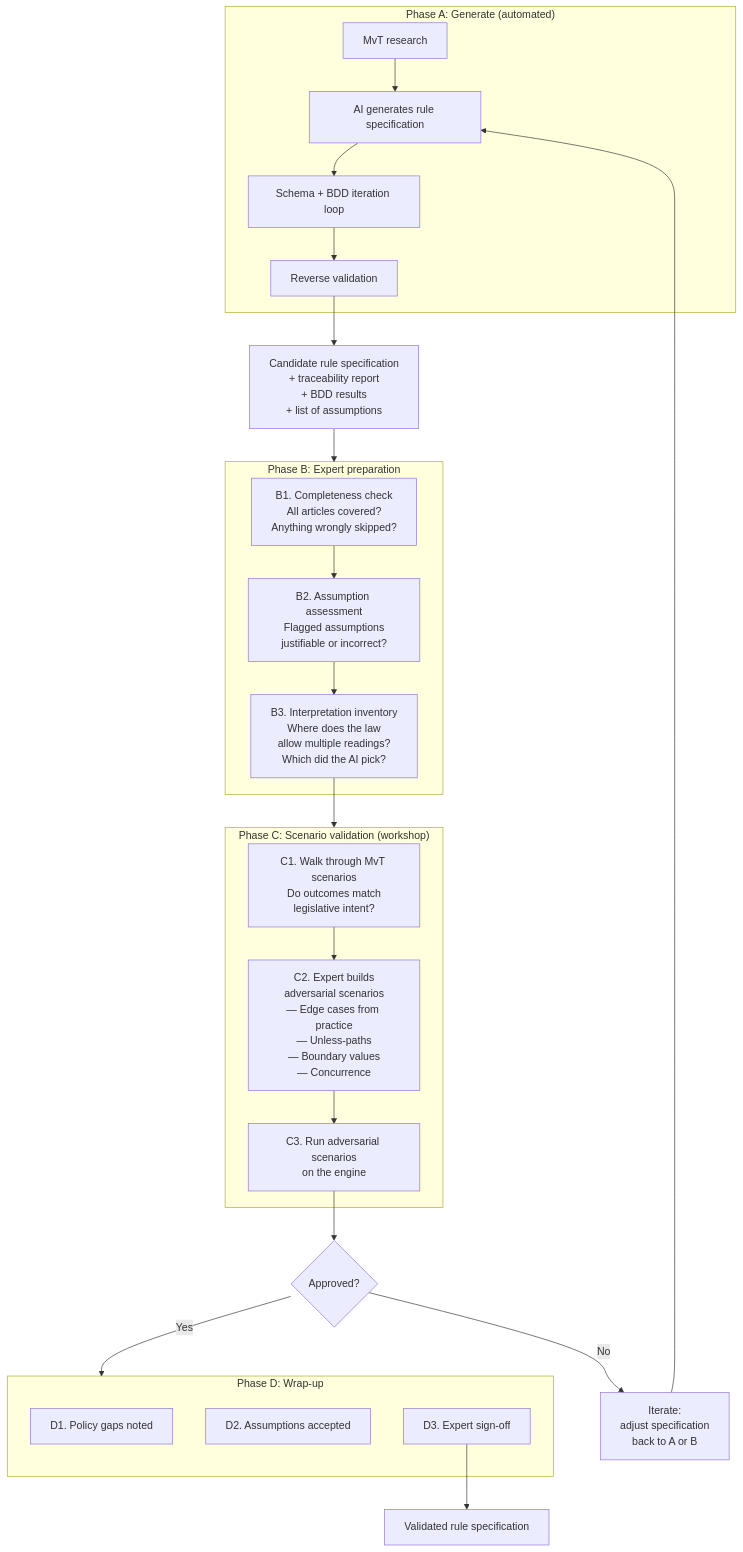
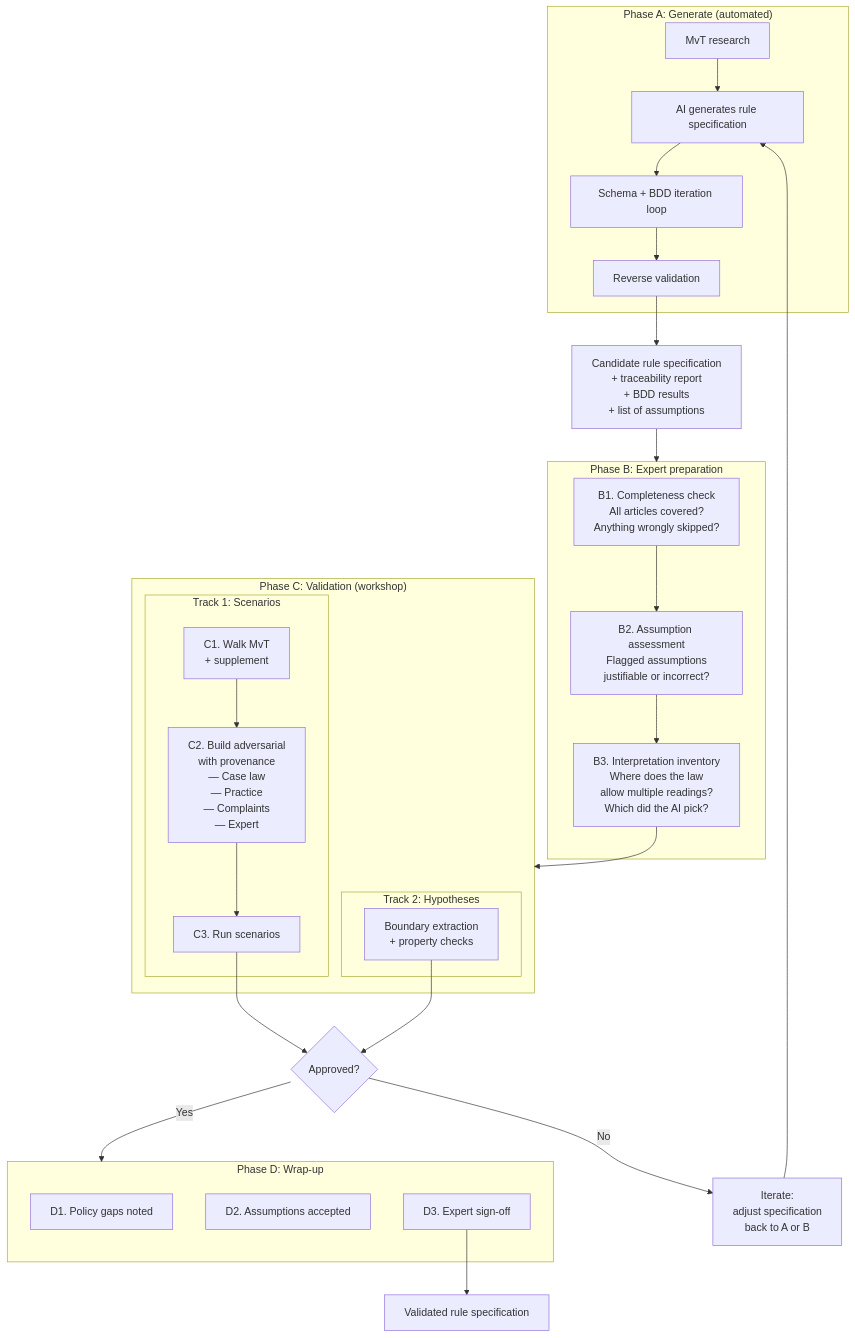
One commit to MinBZK/regelrecht changed the fourth of 7 diagrams in docs/concepts/validation-methodology.md. Above: the diagram before and after it, drawn with Mermaid. The commit also changed other lines of this file and 1 other file, not shown here.

First line of the commit message:
docs: add casus, hypotheses, and annotations to validation methodology

````diff
--- a/docs/concepts/validation-methodology.md
+++ b/docs/concepts/validation-methodology.md
@@ -142,41 +164,44 @@
 ```mermaid
 flowchart TD
     subgraph A ["Phase A: Generate (automated)"]
         A1[MvT research] --> A2[AI generates rule specification]
         A2 --> A3[Schema + BDD iteration loop]
         A3 --> A4[Reverse validation]
     end
 
     A4 --> CANDIDATE["Candidate rule specification\n+ traceability report\n+ BDD results\n+ list of assumptions"]
 
     CANDIDATE --> B
 
     subgraph B ["Phase B: Expert preparation"]
         B1[B1. Completeness check\nAll articles covered?\nAnything wrongly skipped?]
         B2[B2. Assumption assessment\nFlagged assumptions\njustifiable or incorrect?]
         B3[B3. Interpretation inventory\nWhere does the law\nallow multiple readings?\nWhich did the AI pick?]
         B1 --> B2 --> B3
     end
 
     B3 --> C
 
-    subgraph C ["Phase C: Scenario validation (workshop)"]
-        C1[C1. Walk through MvT scenarios\nDo outcomes match\nlegislative intent?]
-        C2["C2. Expert builds\nadversarial scenarios\n— Edge cases from practice\n— Unless-paths\n— Boundary values\n— Concurrence"]
-        C3[C3. Run adversarial scenarios\non the engine]
-        C1 --> C2 --> C3
+    subgraph C ["Phase C: Validation (workshop)"]
+        subgraph CT1 ["Track 1: Scenarios"]
+            C1[C1. Walk MvT\n+ supplement] --> C2["C2. Build adversarial\nwith provenance\n— Case law\n— Practice\n— Complaints\n— Expert"] --> C3[C3. Run scenarios]
+        end
+        subgraph CT2 ["Track 2: Hypotheses"]
+            H1[Boundary extraction\n+ property checks]
+        end
     end
 
     C3 --> PASS{Approved?}
+    H1 --> PASS
     PASS -->|No| ITERATE[Iterate:\nadjust specification\nback to A or B]
     ITERATE --> A2
     PASS -->|Yes| D
 
     subgraph D ["Phase D: Wrap-up"]
         D1[D1. Policy gaps noted]
         D2[D2. Assumptions accepted]
         D3[D3. Expert sign-off]
     end
 
     D3 --> DONE[Validated rule specification]
 ```
````
